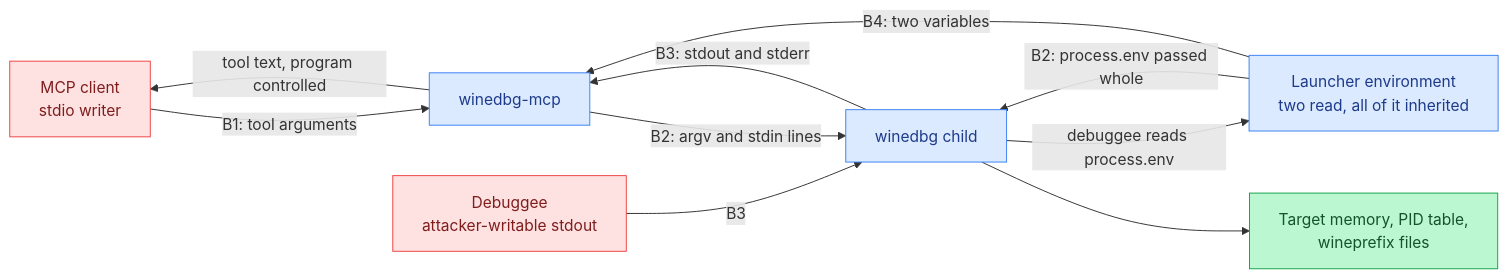
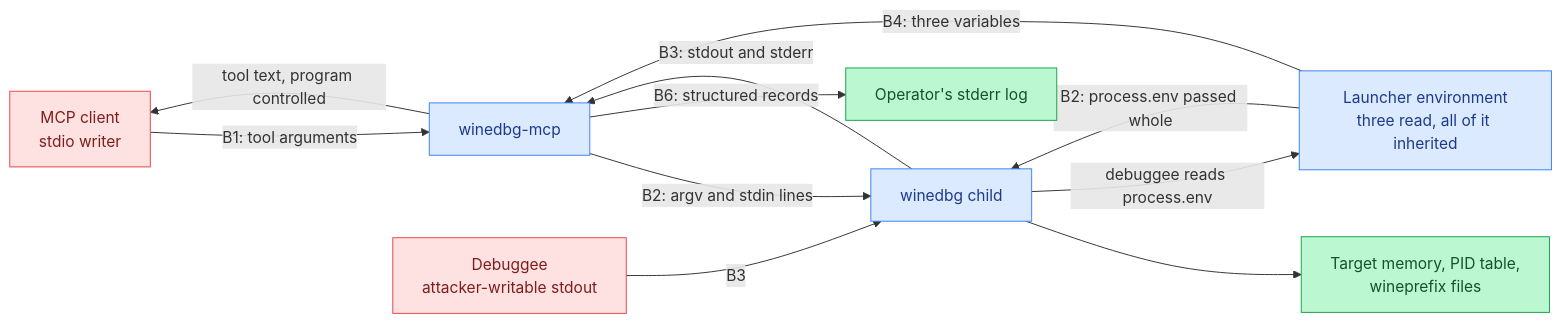
Before and after one commit to maci0/winedbg-mcp: the diagram in docs/THREAT_MODEL.md, drawn with Mermaid. The commit also changed other lines of this file and 2 other files, not shown here.

````diff
--- a/docs/THREAT_MODEL.md
+++ b/docs/THREAT_MODEL.md
@@ -114,16 +104,17 @@
 ```mermaid
 flowchart LR
   classDef trusted fill:#dbeafe,stroke:#3b82f6,color:#1e3a8a
   classDef untrusted fill:#fee2e2,stroke:#ef4444,color:#7f1d1d
   classDef asset fill:#bbf7d0,stroke:#16a34a,color:#14532d
 
   client["MCP client<br/>stdio writer"]:::untrusted -->|B1: tool arguments| server["winedbg-mcp"]:::trusted
-  env["Launcher environment<br/>two read, all of it inherited"]:::trusted -->|B4: two variables| server
+  env["Launcher environment<br/>three read, all of it inherited"]:::trusted -->|B4: three variables| server
   env -->|B2: process.env passed whole| child["winedbg child"]:::trusted
   server -->|B2: argv and stdin lines| child
   child -->|B3: stdout and stderr| server
   target["Debuggee<br/>attacker-writable stdout"]:::untrusted -->|B3| child
   server -->|tool text, program controlled| client
+  server -->|B6: structured records| operator["Operator's stderr log"]:::asset
   child --> mem["Target memory, PID table,<br/>wineprefix files"]:::asset
   child -->|"debuggee reads process.env"| env
 ```
````
